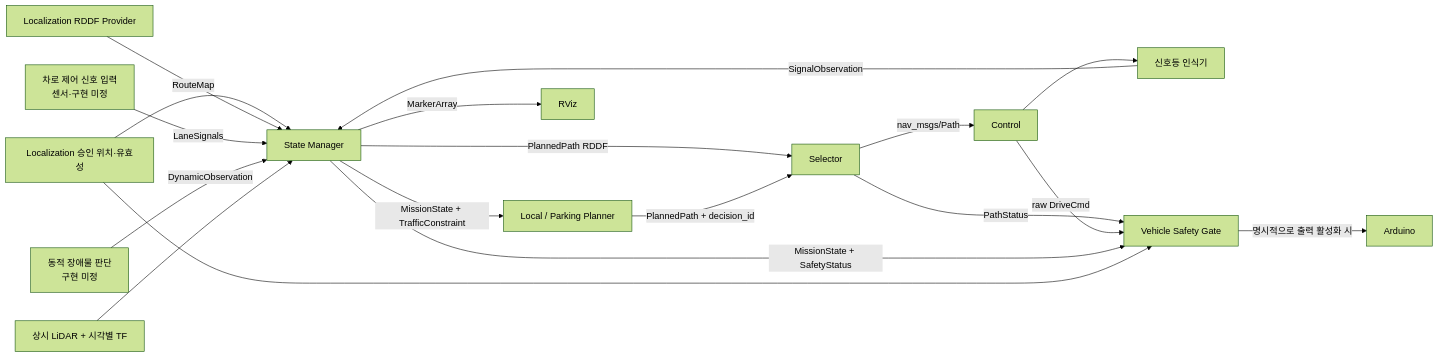
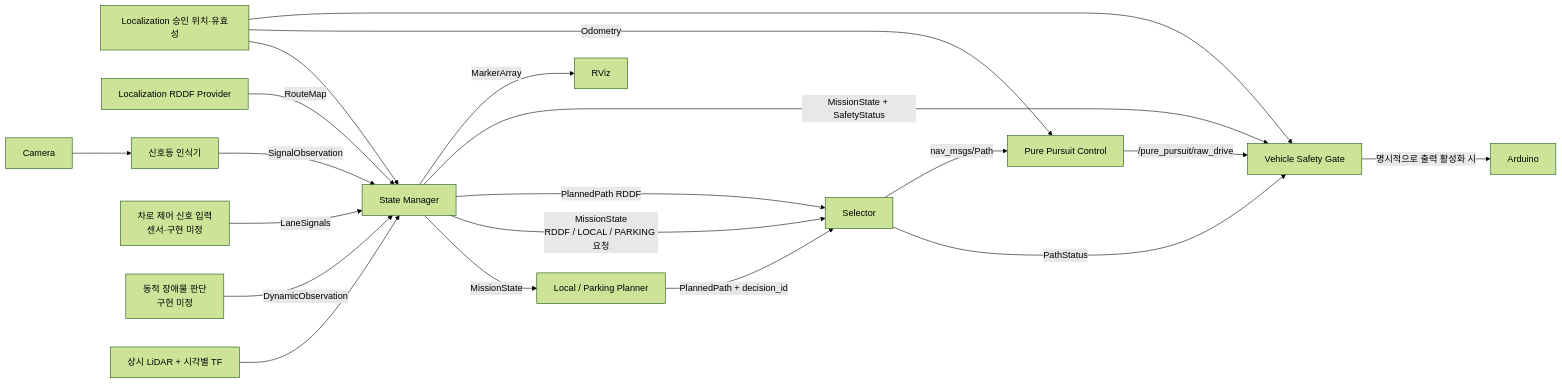
Before and after one commit to Team-Stier/HL-FMA-1-5-2026: the diagram in src/state_manager/README.md, drawn with Mermaid (forest theme). The commit also changed other lines of this file and 10 other files, not shown here.

Commit message:
Connect path tracking control to safety pipeline

````diff
--- a/src/state_manager/README.md
+++ b/src/state_manager/README.md
@@ -17,20 +17,22 @@
 ```mermaid
 flowchart LR
   L[Localization 승인 위치·유효성] --> S[State Manager]
   R[Localization RDDF Provider] -->|RouteMap| S
   C[Camera] --> T[신호등 인식기]
   T -->|SignalObservation| S
   LANE[차로 제어 신호 입력<br/>센서·구현 미정] -->|LaneSignals| S
   DYN[동적 장애물 판단<br/>구현 미정] -->|DynamicObservation| S
   D[상시 LiDAR + 시각별 TF] --> S
-  S -->|MissionState + TrafficConstraint| P[Local / Parking Planner]
-  S -->|PlannedPath RDDF| X[Selector]
+  S -->|MissionState| P[Local / Parking Planner]
+  S -->|MissionState<br/>RDDF / LOCAL / PARKING 요청| X[Selector]
+  S -->|PlannedPath RDDF| X
   P -->|PlannedPath + decision_id| X
   X -->|PathStatus| G[Vehicle Safety Gate]
-  X -->|nav_msgs/Path| C[Control]
-  C -->|raw DriveCmd| G
+  X -->|nav_msgs/Path| PP[Pure Pursuit Control]
+  L -->|Odometry| PP
+  PP -->|/pure_pursuit/raw_drive| G
   S -->|MissionState + SafetyStatus| G
   L --> G
   G -->|명시적으로 출력 활성화 시| A[Arduino]
   S -->|MarkerArray| Z[RViz]
 ```
````
